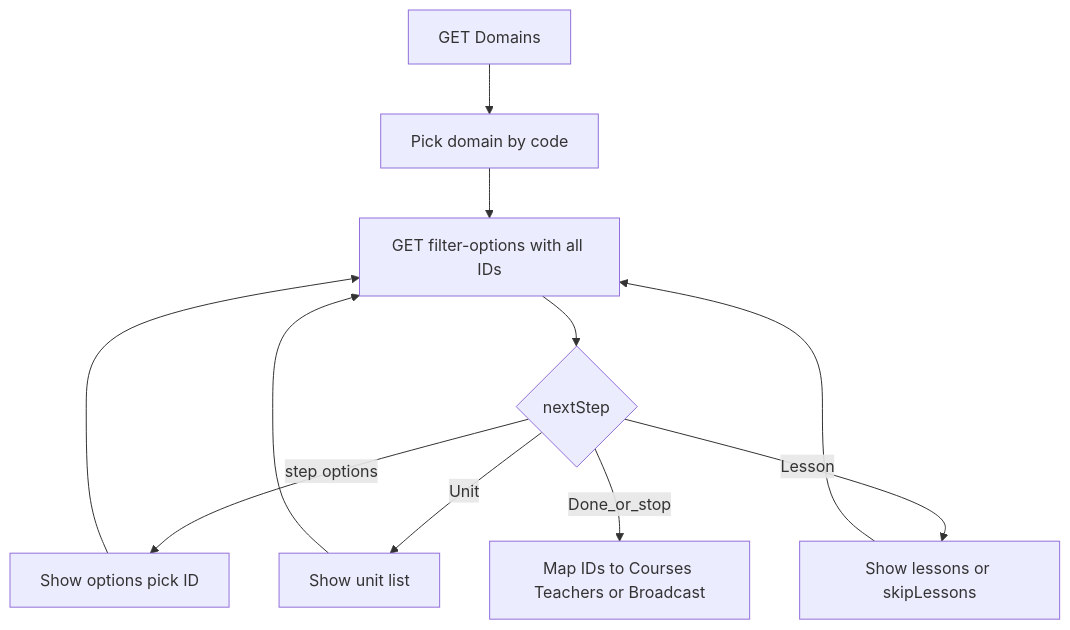
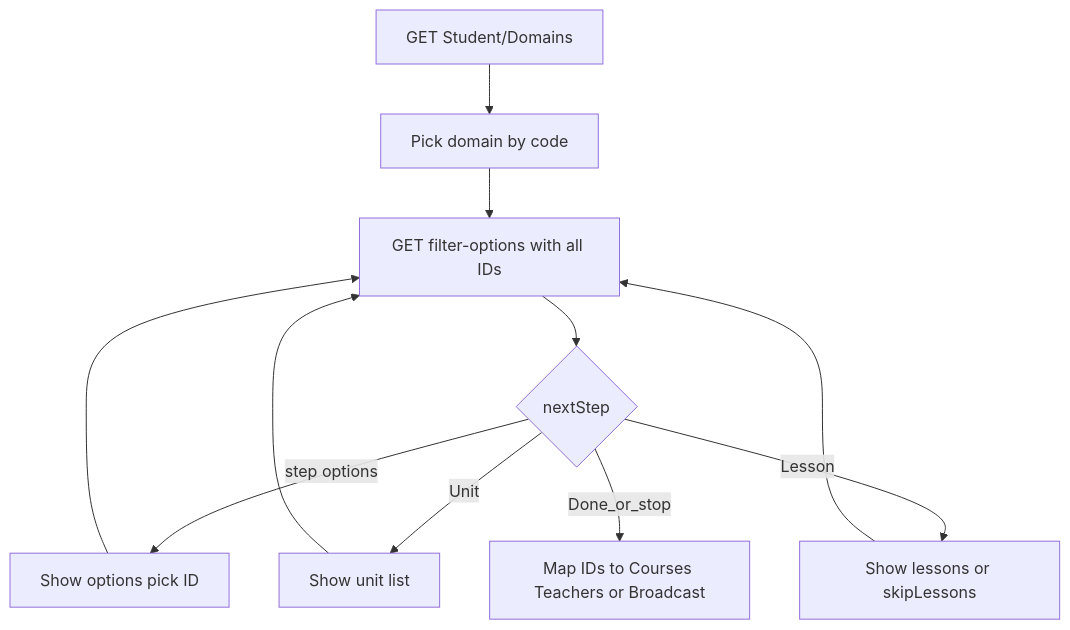
Before and after one commit to Mozaffer249/Qalam: the first of 2 diagrams in docs/STUDENT-FILTER-OPTIONS.md, drawn with Mermaid. The commit also changed other lines of this file and 6 other files, not shown here.

First line of the commit message:
Add student domains endpoint and update documentation

````diff
--- a/docs/STUDENT-FILTER-OPTIONS.md
+++ b/docs/STUDENT-FILTER-OPTIONS.md
@@ -39,13 +40,13 @@
 ```mermaid
 flowchart TD
-  domains[GET Domains] --> pickDomain[Pick domain by code]
+  domains[GET Student/Domains] --> pickDomain[Pick domain by code]
   pickDomain --> callFO["GET filter-options with all IDs"]
   callFO --> next{nextStep}
   next -->|step options| pick[Show options pick ID]
   next -->|Unit| units[Show unit list]
   next -->|Lesson| lessons[Show lessons or skipLessons]
   pick --> callFO
   units --> callFO
   lessons --> callFO
   next -->|Done_or_stop| apply[Map IDs to Courses Teachers or Broadcast]
 ```
````
